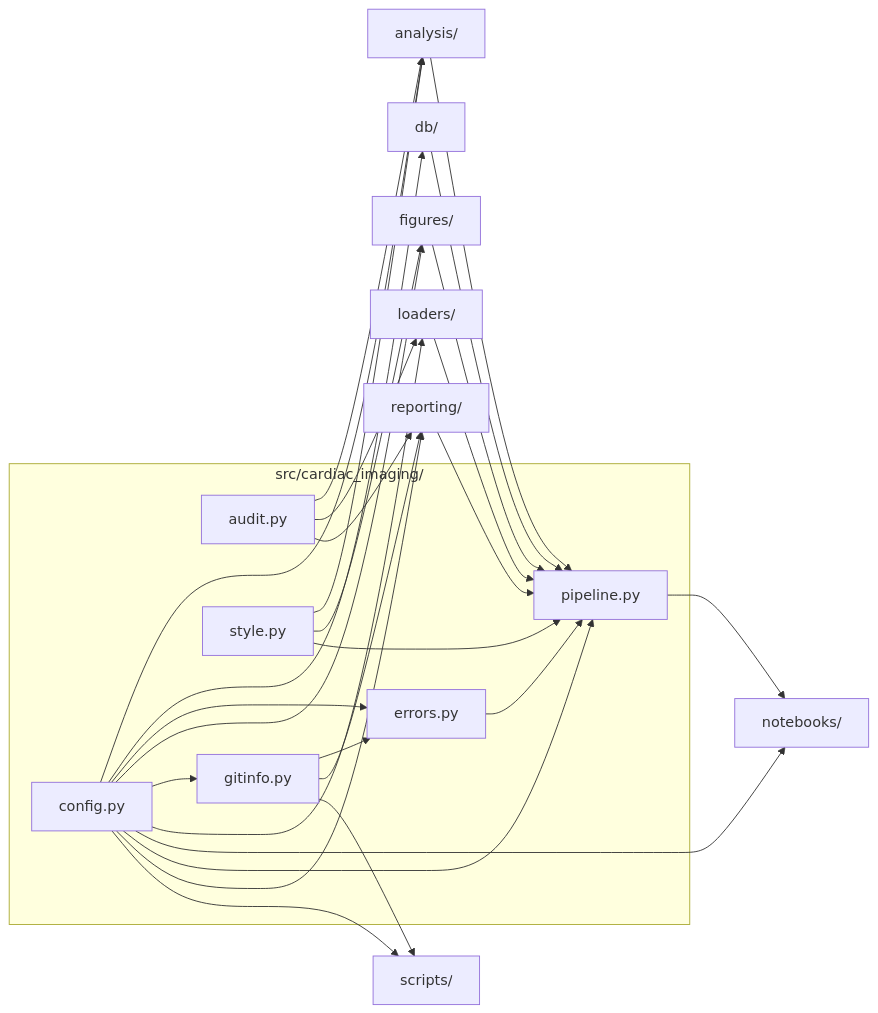
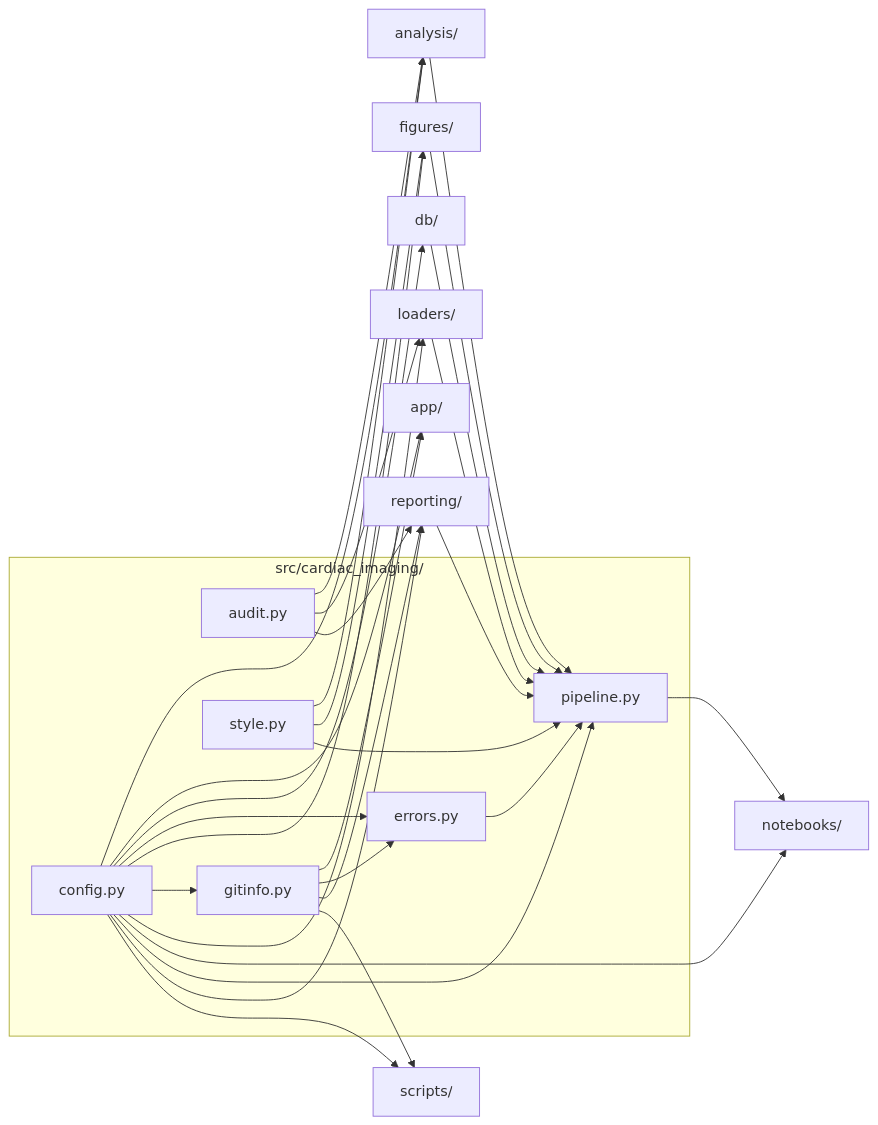
Before and after one commit to drsanjna/cardiac-imaging-medicare: the diagram in src/cardiac_imaging/README.md, drawn with Mermaid. The commit also changed other lines of this file and 62 other files, not shown here.

````diff
--- a/src/cardiac_imaging/README.md
+++ b/src/cardiac_imaging/README.md
@@ -11,44 +11,47 @@
 ```mermaid
 flowchart LR
   subgraph here["src/cardiac_imaging/"]
     n_audit_py["audit.py"]
     n_config_py["config.py"]
     n_errors_py["errors.py"]
     n_gitinfo_py["gitinfo.py"]
     n_pipeline_py["pipeline.py"]
     n_style_py["style.py"]
   end
   n_analysis_["analysis/"]
+  n_app_["app/"]
   n_db_["db/"]
   n_figures_["figures/"]
   n_loaders_["loaders/"]
   n_notebooks_["notebooks/"]
   n_reporting_["reporting/"]
   n_scripts_["scripts/"]
   n_analysis_ --> n_pipeline_py
   n_audit_py --> n_analysis_
   n_audit_py --> n_loaders_
   n_audit_py --> n_reporting_
   n_config_py --> n_analysis_
+  n_config_py --> n_app_
   n_config_py --> n_db_
   n_config_py --> n_errors_py
   n_config_py --> n_figures_
   n_config_py --> n_gitinfo_py
   n_config_py --> n_loaders_
   n_config_py --> n_notebooks_
   n_config_py --> n_pipeline_py
   n_config_py --> n_reporting_
   n_config_py --> n_scripts_
   n_db_ --> n_pipeline_py
   n_errors_py --> n_pipeline_py
   n_figures_ --> n_pipeline_py
+  n_gitinfo_py --> n_app_
   n_gitinfo_py --> n_errors_py
   n_gitinfo_py --> n_reporting_
   n_gitinfo_py --> n_scripts_
   n_loaders_ --> n_pipeline_py
   n_pipeline_py --> n_notebooks_
   n_reporting_ --> n_pipeline_py
   n_style_py --> n_analysis_
   n_style_py --> n_figures_
   n_style_py --> n_pipeline_py
 ```
````
